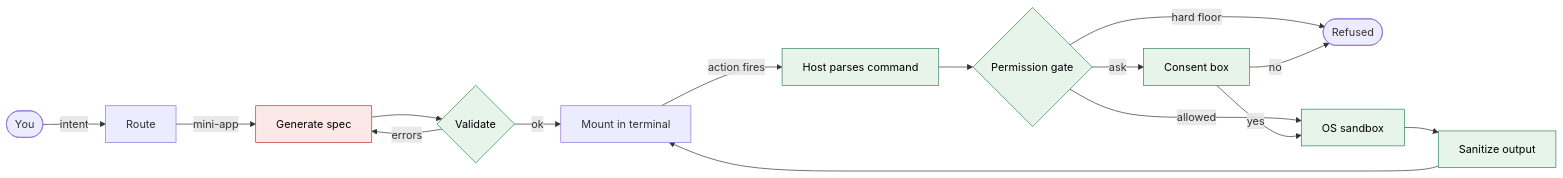
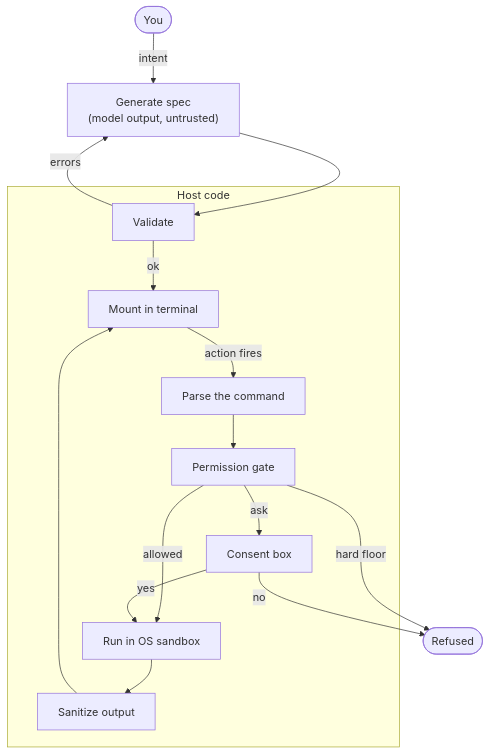
One commit to erkin98/minitui changed the diagram in README.md. Above: the diagram before and after it, drawn with Mermaid. The commit also changed other lines of this file and 1 other file, not shown here.

````diff
--- a/README.md
+++ b/README.md
@@ -25,22 +60,20 @@
 ```mermaid
-flowchart LR
-    U([You]) -->|intent| R[Route]
-    R -->|mini-app| G[Generate spec]
-    G --> V{Validate}
+flowchart TD
+    U([You]) -->|intent| G["Generate spec<br/>(model output, untrusted)"]
+    G --> V
+
+    subgraph host["Host code"]
+        V[Validate] -->|ok| M[Mount in terminal]
+        M -->|action fires| P[Parse the command]
+        P --> D[Permission gate]
+        D -->|ask| C[Consent box]
+        D -->|allowed| S[Run in OS sandbox]
+        C -->|yes| S
+        S --> O[Sanitize output]
+        O --> M
+    end
+
     V -->|errors| G
-    V -->|ok| M[Mount in terminal]
-    M -->|action fires| P[Host parses command]
-    P --> D{Permission gate}
     D -->|hard floor| X([Refused])
-    D -->|ask| C[Consent box]
-    D -->|allowed| S[OS sandbox]
-    C -->|yes| S
     C -->|no| X
-    S --> O[Sanitize output]
-    O --> M
-
-    classDef untrusted fill:#fde8e8,stroke:#c53030,color:#000
-    classDef host fill:#e6f4ea,stroke:#2f855a,color:#000
-    class G untrusted
-    class V,P,D,C,S,O host
 ```
````
